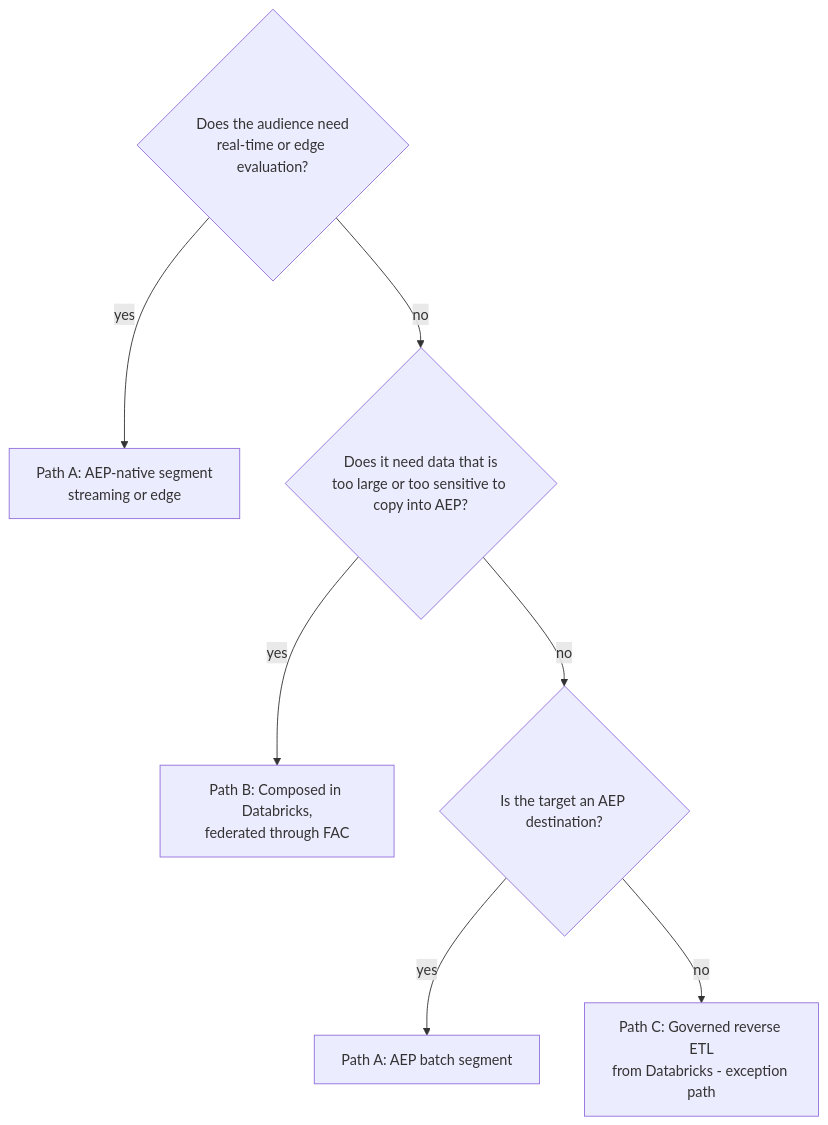
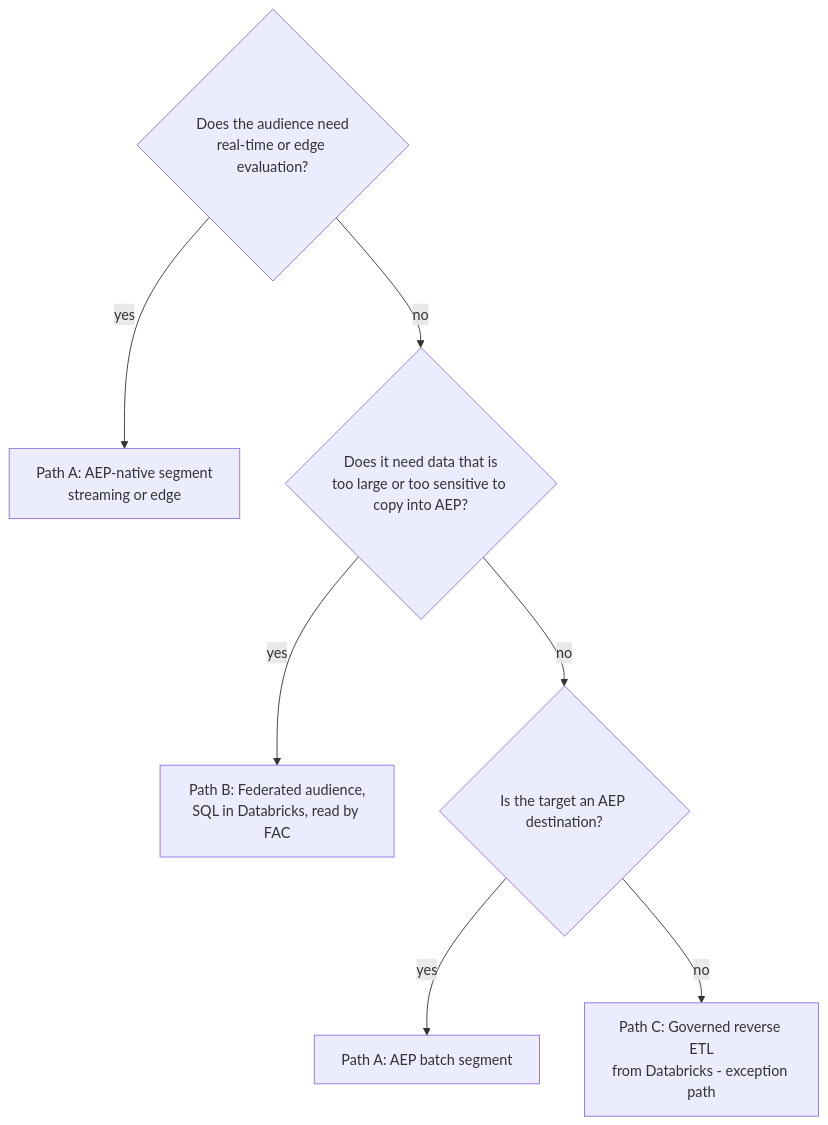
One commit to brandon-benge/example-data-pipeline-w-ml changed the fifth of 5 diagrams in SpecRepo/activation/01_TARGET_ARCHITECTURE.md. Above: the diagram before and after it, drawn with Mermaid. The commit also changed other lines of this file and 1 other file, not shown here.

First line of the commit message:
docs(activation): clarify what enters the serving path; name federated audience consistently

````diff
--- a/SpecRepo/activation/01_TARGET_ARCHITECTURE.md
+++ b/SpecRepo/activation/01_TARGET_ARCHITECTURE.md
@@ -250,10 +263,10 @@
 ```mermaid
 flowchart TB
     Q{Does the audience need<br/>real-time or edge evaluation?}
     Q -- yes --> A[Path A: AEP-native segment<br/>streaming or edge]
     Q -- no --> Q2{Does it need data that is<br/>too large or too sensitive to copy into AEP?}
-    Q2 -- yes --> B[Path B: Composed in Databricks,<br/>federated through FAC]
+    Q2 -- yes --> B[Path B: Federated audience,<br/>SQL in Databricks, read by FAC]
     Q2 -- no --> Q3{Is the target an AEP destination?}
     Q3 -- yes --> A2[Path A: AEP batch segment]
     Q3 -- no --> C[Path C: Governed reverse ETL<br/>from Databricks - exception path]
 ```
````
